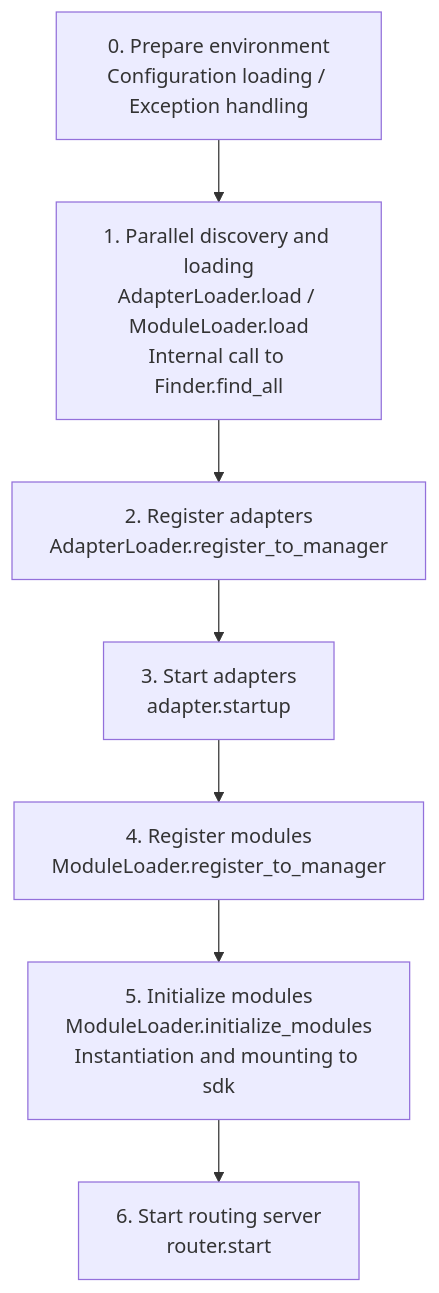
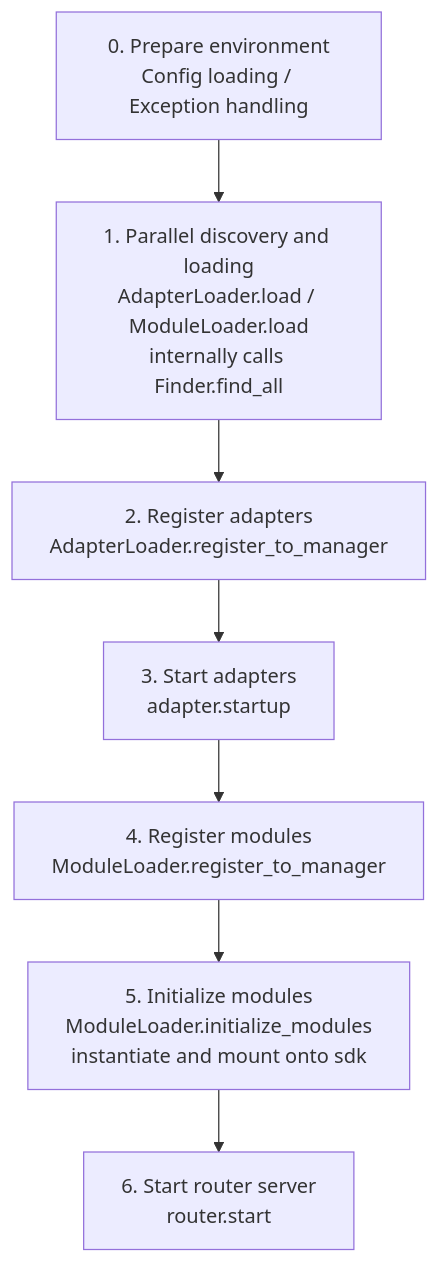
The diagram in docs/en/advanced/startup.md (ErisPulse/ErisPulse), drawn with Mermaid before and after one commit. The commit also changed other lines of this file and 124 other files, not shown here.

````diff
--- a/docs/en/advanced/startup.md
+++ b/docs/en/advanced/startup.md
@@ -30,10 +31,10 @@
 ```mermaid
 flowchart TD
-    A[0. Prepare environment<br/>Configuration loading / Exception handling] --> B
-    B[1. Parallel discovery and loading<br/>AdapterLoader.load / ModuleLoader.load<br/>Internal call to Finder.find_all] --> C
+    A[0. Prepare environment<br/>Config loading / Exception handling] --> B
+    B[1. Parallel discovery and loading<br/>AdapterLoader.load / ModuleLoader.load<br/>internally calls Finder.find_all] --> C
     C[2. Register adapters<br/>AdapterLoader.register_to_manager] --> D
     D[3. Start adapters<br/>adapter.startup] --> E
     E[4. Register modules<br/>ModuleLoader.register_to_manager] --> F
-    F[5. Initialize modules<br/>ModuleLoader.initialize_modules<br/>Instantiation and mounting to sdk] --> G
-    G[6. Start routing server<br/>router.start]
+    F[5. Initialize modules<br/>ModuleLoader.initialize_modules<br/>instantiate and mount onto sdk] --> G
+    G[6. Start router server<br/>router.start]
 ```
````
